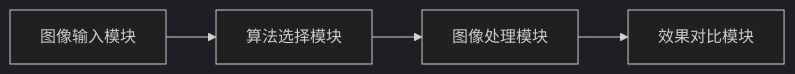
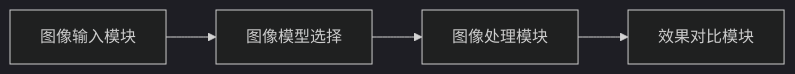
The diagram in dehaze-doc/docs/03-模块设计/核心模块/去雾处理/需求规格.md (earthy-zinc/dehaze-system), drawn with Mermaid (dark theme) before and after one commit. The commit also changed other lines of this file and 239 other files, not shown here.

````diff
--- a/dehaze-doc/docs/03-模块设计/核心模块/去雾处理/需求规格.md
+++ b/dehaze-doc/docs/03-模块设计/核心模块/去雾处理/需求规格.md
@@ -33,6 +33,6 @@
 ```mermaid
 flowchart LR
-    A[图像输入模块] --> B[算法选择模块]
+    A[图像输入模块] --> B[图像模型选择]
     B --> C[图像处理模块]
     C --> D[效果对比模块]
 ```
````
